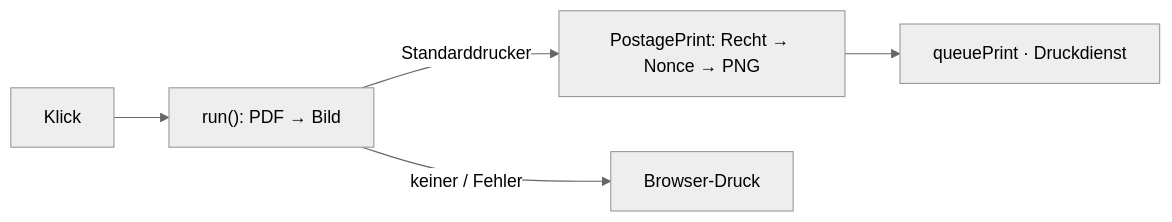
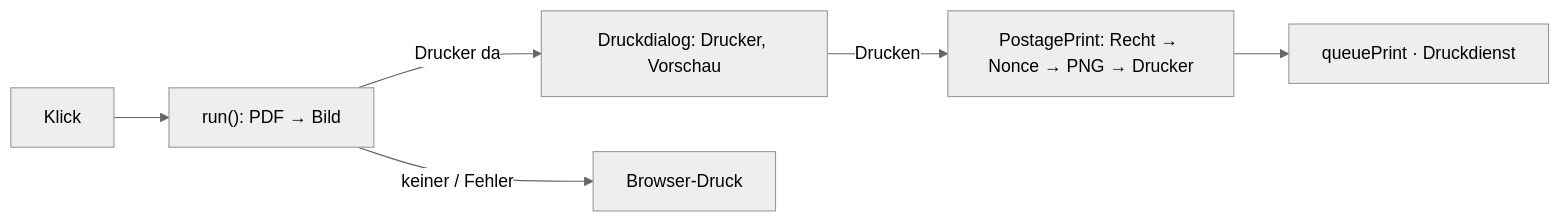
Before and after one commit to sfambach/wp_tax_label: the tenth of 10 diagrams in docs/konzept.md, drawn with Mermaid (neutral theme). The commit also changed other lines of this file and 8 other files, not shown here.

First line of the commit message:
0.0.33: Porto-Etikett über den einen Druckdialog des Moduls — Drucker, Vorschau, Drucken/Abbrechen (D-1517)

````diff
--- a/docs/konzept.md
+++ b/docs/konzept.md
@@ -247,6 +247,6 @@
 ```mermaid
 flowchart LR
   K["Klick"] --> R["run(): PDF → Bild"]
-  R -->|Standarddrucker| E["PostagePrint: Recht → Nonce → PNG"] --> Q["queuePrint · Druckdienst"]
+  R -->|Drucker da| D["Druckdialog: Drucker, Vorschau"] -->|Drucken| E["PostagePrint: Recht → Nonce → PNG → Drucker"] --> Q["queuePrint · Druckdienst"]
   R -->|keiner / Fehler| B["Browser-Druck"]
 ```
````
